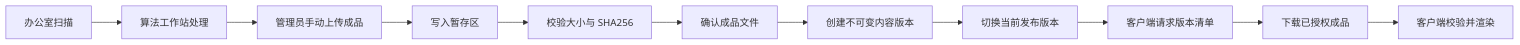
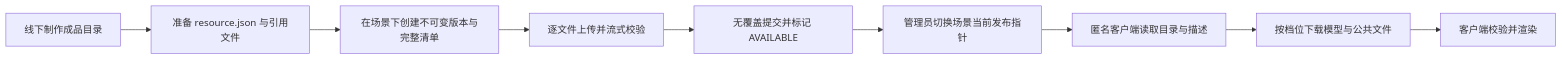
Before and after one commit to dailiuyi/innovation-ar-resource-platform: the sixth of 6 diagrams in docs/11-current-platform-architecture.md, drawn with Mermaid. The commit also changed other lines of this file and 14 other files, not shown here.

````diff
--- a/docs/11-current-platform-architecture.md
+++ b/docs/11-current-platform-architecture.md
@@ -174,13 +180,11 @@
 ```mermaid
 flowchart LR
-    Scan[办公室扫描] --> Process[算法工作站处理]
-    Process --> Upload[管理员手动上传成品]
-    Upload --> Stage[写入暂存区]
-    Stage --> Verify[校验大小与 SHA256]
-    Verify --> Commit[确认成品文件]
-    Commit --> Version[创建不可变内容版本]
-    Version --> Publish[切换当前发布版本]
-    Publish --> Manifest[客户端请求版本清单]
-    Manifest --> Download[下载已授权成品]
+    Produce[线下制作成品目录] --> Descriptor[准备 resource.json 与引用文件]
+    Descriptor --> Version[在场景下创建不可变版本与完整清单]
+    Version --> Upload[逐文件上传并流式校验]
+    Upload --> Commit[无覆盖提交并标记 AVAILABLE]
+    Commit --> Publish[管理员切换场景当前发布指针]
+    Publish --> Detail[匿名客户端读取目录与描述]
+    Detail --> Download[按档位下载模型与公共文件]
     Download --> Render[客户端校验并渲染]
 ```
````
